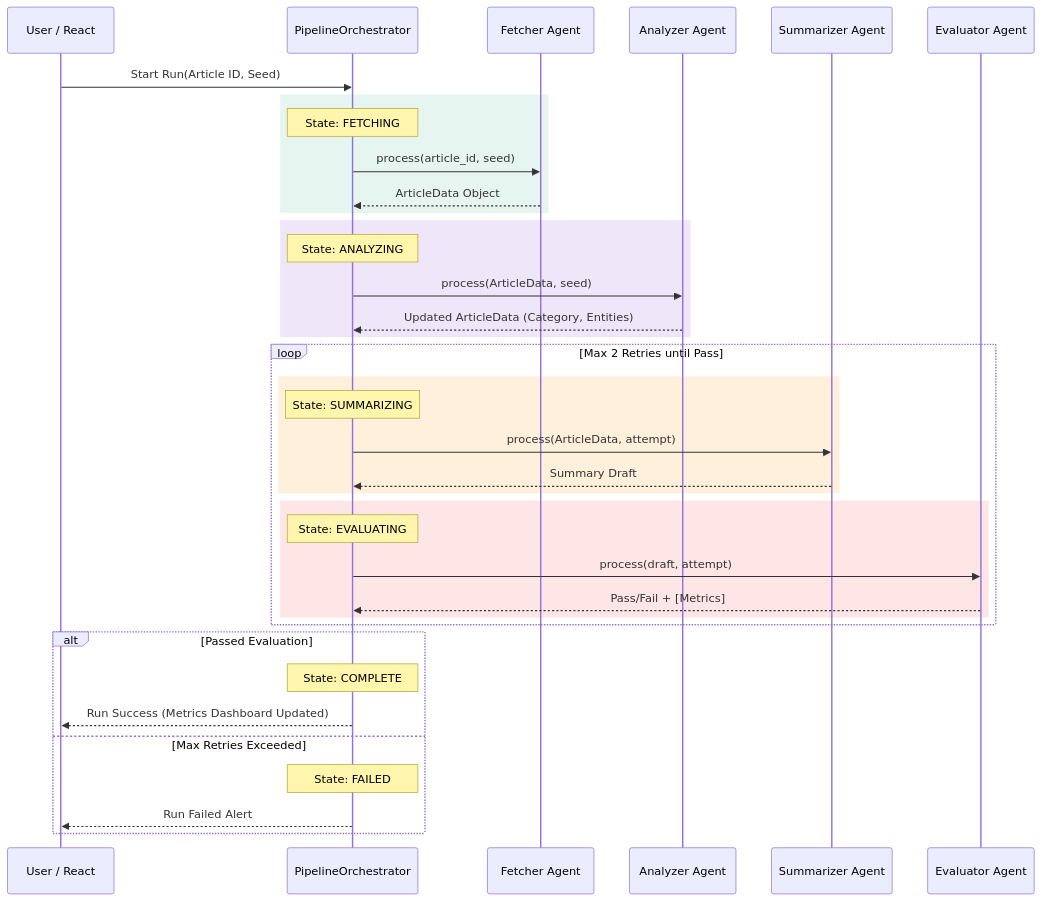
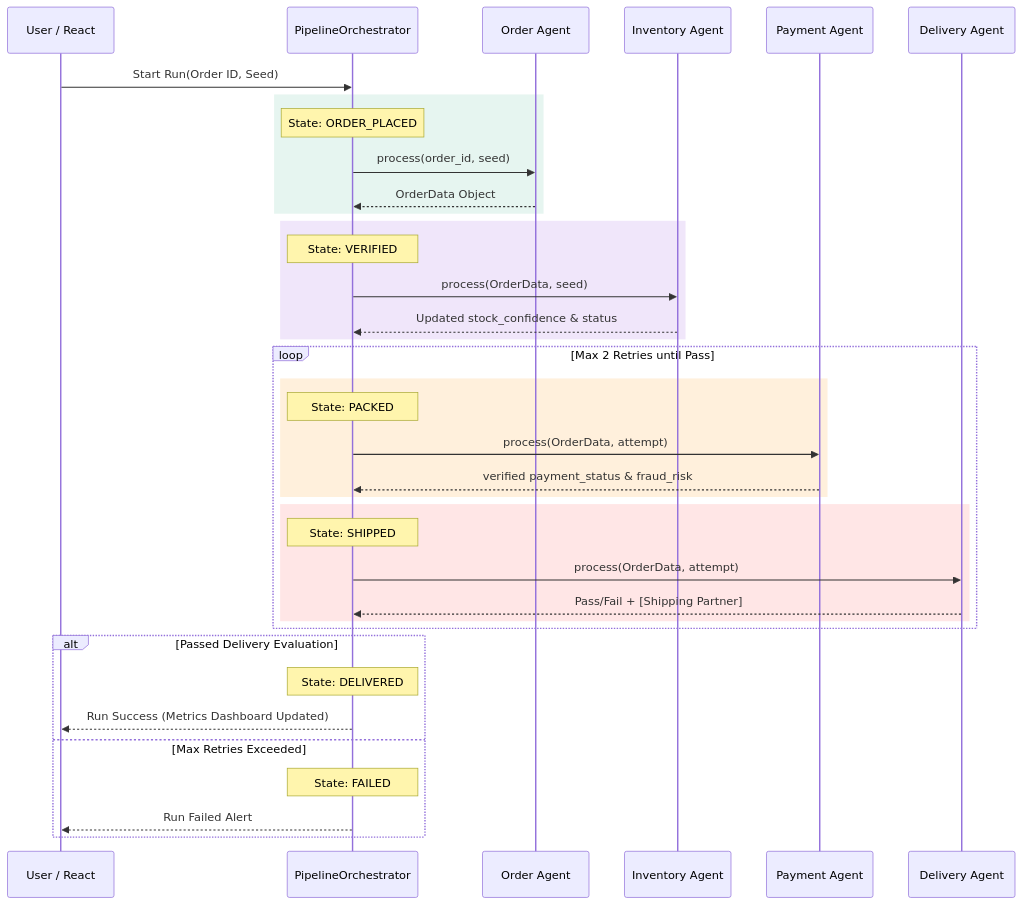
One commit to VARDHAN2254/multi-agent-system-demo changed the diagram in README.md. Above: the diagram before and after it, drawn with Mermaid. The commit also changed other lines of this file and 8 other files, not shown here.

Commit message:
Convert architecture to E-Commerce Order Processing System matching all original Multi-Agent requirements

````diff
--- a/README.md
+++ b/README.md
@@ -24,45 +24,45 @@
 ```mermaid
 sequenceDiagram
     participant UI as User / React
     participant Orch as PipelineOrchestrator
-    participant Fetcher as Fetcher Agent
-    participant Analyzer as Analyzer Agent
-    participant Summarizer as Summarizer Agent
-    participant Evaluator as Evaluator Agent
+    participant OrderA as Order Agent
+    participant InvA as Inventory Agent
+    participant PayA as Payment Agent
+    participant DelA as Delivery Agent
 
-    UI->>Orch: Start Run(Article ID, Seed)
+    UI->>Orch: Start Run(Order ID, Seed)
     
     rect rgb(230, 245, 240)
-    Note over Orch: State: FETCHING
-    Orch->>Fetcher: process(article_id, seed)
-    Fetcher-->>Orch: ArticleData Object
+    Note over Orch: State: ORDER_PLACED
+    Orch->>OrderA: process(order_id, seed)
+    OrderA-->>Orch: OrderData Object
     end
 
     rect rgb(240, 230, 250)
-    Note over Orch: State: ANALYZING
-    Orch->>Analyzer: process(ArticleData, seed)
-    Analyzer-->>Orch: Updated ArticleData (Category, Entities)
+    Note over Orch: State: VERIFIED
+    Orch->>InvA: process(OrderData, seed)
+    InvA-->>Orch: Updated stock_confidence & status
     end
 
     loop Max 2 Retries until Pass
         rect rgb(255, 240, 220)
-        Note over Orch: State: SUMMARIZING
-        Orch->>Summarizer: process(ArticleData, attempt)
-        Summarizer-->>Orch: Summary Draft
+        Note over Orch: State: PACKED
+        Orch->>PayA: process(OrderData, attempt)
+        PayA-->>Orch: verified payment_status & fraud_risk
         end
 
         rect rgb(255, 230, 230)
-        Note over Orch: State: EVALUATING
-        Orch->>Evaluator: process(draft, attempt)
-        Evaluator-->>Orch: Pass/Fail + [Metrics]
+        Note over Orch: State: SHIPPED
+        Orch->>DelA: process(OrderData, attempt)
+        DelA-->>Orch: Pass/Fail + [Shipping Partner]
         end
     end
 
-    alt Passed Evaluation
-        Note over Orch: State: COMPLETE
+    alt Passed Delivery Evaluation
+        Note over Orch: State: DELIVERED
         Orch-->>UI: Run Success (Metrics Dashboard Updated)
     else Max Retries Exceeded
         Note over Orch: State: FAILED
         Orch-->>UI: Run Failed Alert
     end
 ```
````
